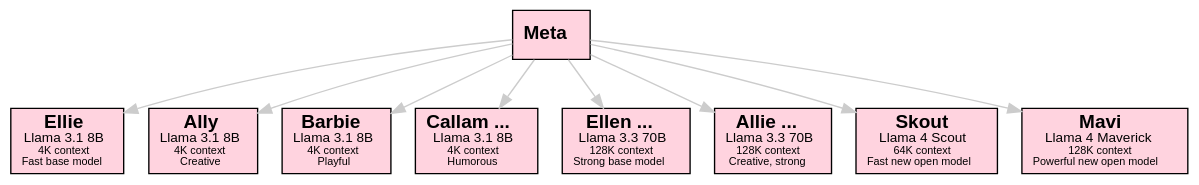
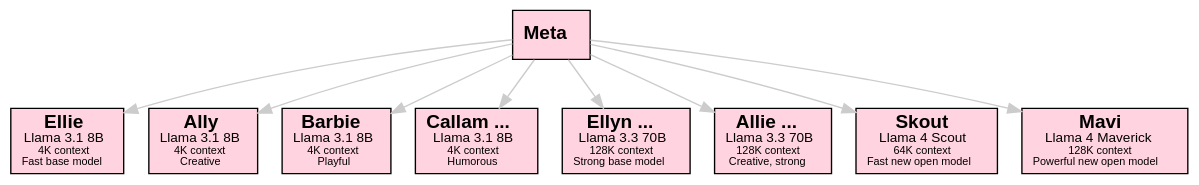
One commit to sswam/allemande changed the fourth of 13 diagrams in doc/guide.md. Above: the diagram before and after it, drawn with Graphviz. The commit also changed other lines of this file and 2 other files, not shown here.

Commit message:
fix(docs): rename base model Ellen to Ellyn
- Update deployment username in Makefile.
- Correct build rule to remove old characters.bb file.

````diff
--- a/doc/guide.md
+++ b/doc/guide.md
@@ -416,26 +416,26 @@
 ```dot
     digraph Meta {
     graph [bgcolor=transparent]
     edge [color="#CCCCCC"]
     node [shape=box, style=filled, fillcolor="#FFD3DF", fontname="Helvetica"]
 
     "Meta" [label=<<b>Meta</b>>]
     "Ellie" [label=<<b>Ellie</b><br/><font point-size="10">Llama 3.1 8B</font><br/><font point-size="8">4K context</font><br/><font point-size="8">Fast base model</font>>]
     "Ally" [label=<<b>Ally</b><br/><font point-size="10">Llama 3.1 8B</font><br/><font point-size="8">4K context</font><br/><font point-size="8">Creative</font>>]
     "Barbie" [label=<<b>Barbie</b><br/><font point-size="10">Llama 3.1 8B</font><br/><font point-size="8">4K context</font><br/><font point-size="8">Playful</font>>]
     "Callam" [label=<<b>Callam ...</b><br/><font point-size="10">Llama 3.1 8B</font><br/><font point-size="8">4K context</font><br/><font point-size="8">Humorous</font>>]
-    "Ellen" [label=<<b>Ellen ...</b><br/><font point-size="10">Llama 3.3 70B</font><br/><font point-size="8">128K context</font><br/><font point-size="8">Strong base model</font>>]
+    "Ellyn" [label=<<b>Ellyn ...</b><br/><font point-size="10">Llama 3.3 70B</font><br/><font point-size="8">128K context</font><br/><font point-size="8">Strong base model</font>>]
     "Allie" [label=<<b>Allie ...</b><br/><font point-size="10">Llama 3.3 70B</font><br/><font point-size="8">128K context</font><br/><font point-size="8">Creative, strong</font>>]
     "Skout" [label=<<b>Skout</b><br/><font point-size="10">Llama 4 Scout</font><br/><font point-size="8">64K context</font><br/><font point-size="8">Fast new open model</font>>]
     "Mavi" [label=<<b>Mavi</b><br/><font point-size="10">Llama 4 Maverick</font><br/><font point-size="8">128K context</font><br/><font point-size="8">Powerful new open model</font>>]
 
     "Meta" -> "Ellie"
     "Meta" -> "Ally"
     "Meta" -> "Barbie"
     "Meta" -> "Callam"
-    "Meta" -> "Ellen"
+    "Meta" -> "Ellyn"
     "Meta" -> "Allie"
     "Meta" -> "Skout"
     "Meta" -> "Mavi"
 }
 ```
````
